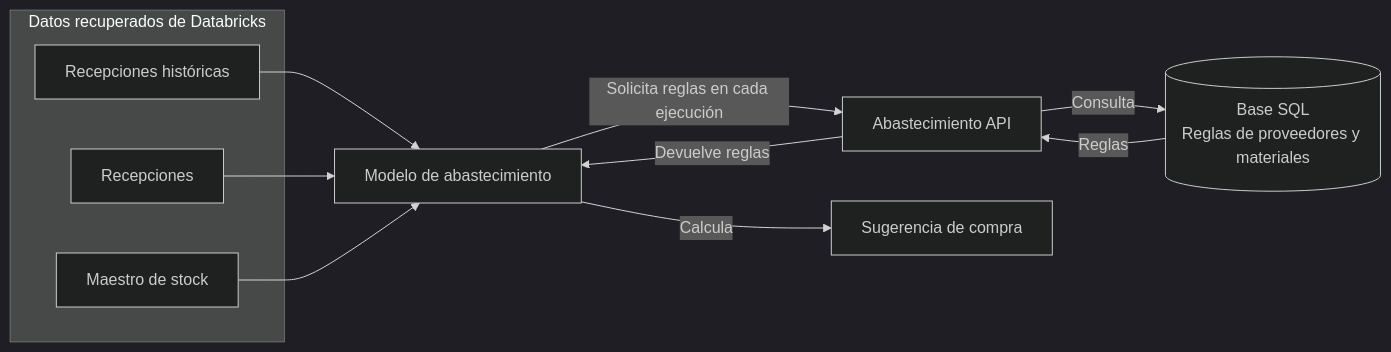
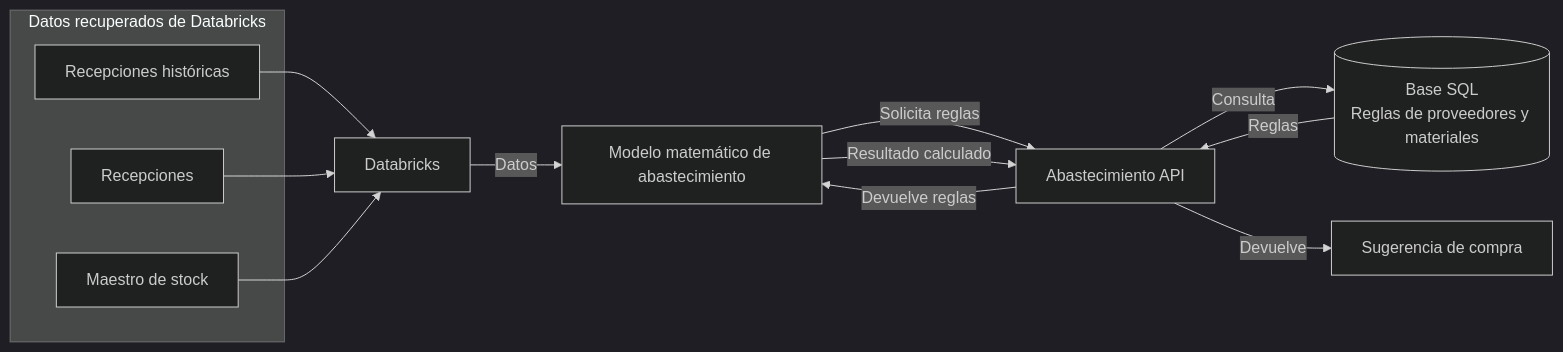
The second of 3 diagrams in diagrams/abastecimiento-actual.md (eblasiAndreani/workspace-operativo), drawn with Mermaid (dark theme) before and after one commit. The commit also changed other lines of this file, not shown here.

Commit message:
Clarify model and API suggestion flow

````diff
--- a/diagrams/abastecimiento-actual.md
+++ b/diagrams/abastecimiento-actual.md
@@ -44,21 +44,24 @@
 ```mermaid
 flowchart LR
     subgraph DATABRICKS[Datos recuperados de Databricks]
         RH[Recepciones históricas]
         RE[Recepciones]
         ST[Maestro de stock]
     end
-    MOD[Modelo de abastecimiento]
+    DB[Databricks]
+    MOD[Modelo matemático de abastecimiento]
     ABA[Abastecimiento API]
     SQL[(Base SQL\nReglas de proveedores y materiales)]
     SUG[Sugerencia de compra]
 
-    RH --> MOD
-    RE --> MOD
-    ST --> MOD
-    MOD -->|Solicita reglas en cada ejecución| ABA
+    RH --> DB
+    RE --> DB
+    ST --> DB
+    DB -->|Datos| MOD
+    MOD -->|Solicita reglas| ABA
     ABA -->|Consulta| SQL
     SQL -->|Reglas| ABA
     ABA -->|Devuelve reglas| MOD
-    MOD -->|Calcula| SUG
+    MOD -->|Resultado calculado| ABA
+    ABA -->|Devuelve| SUG
 ```
````
